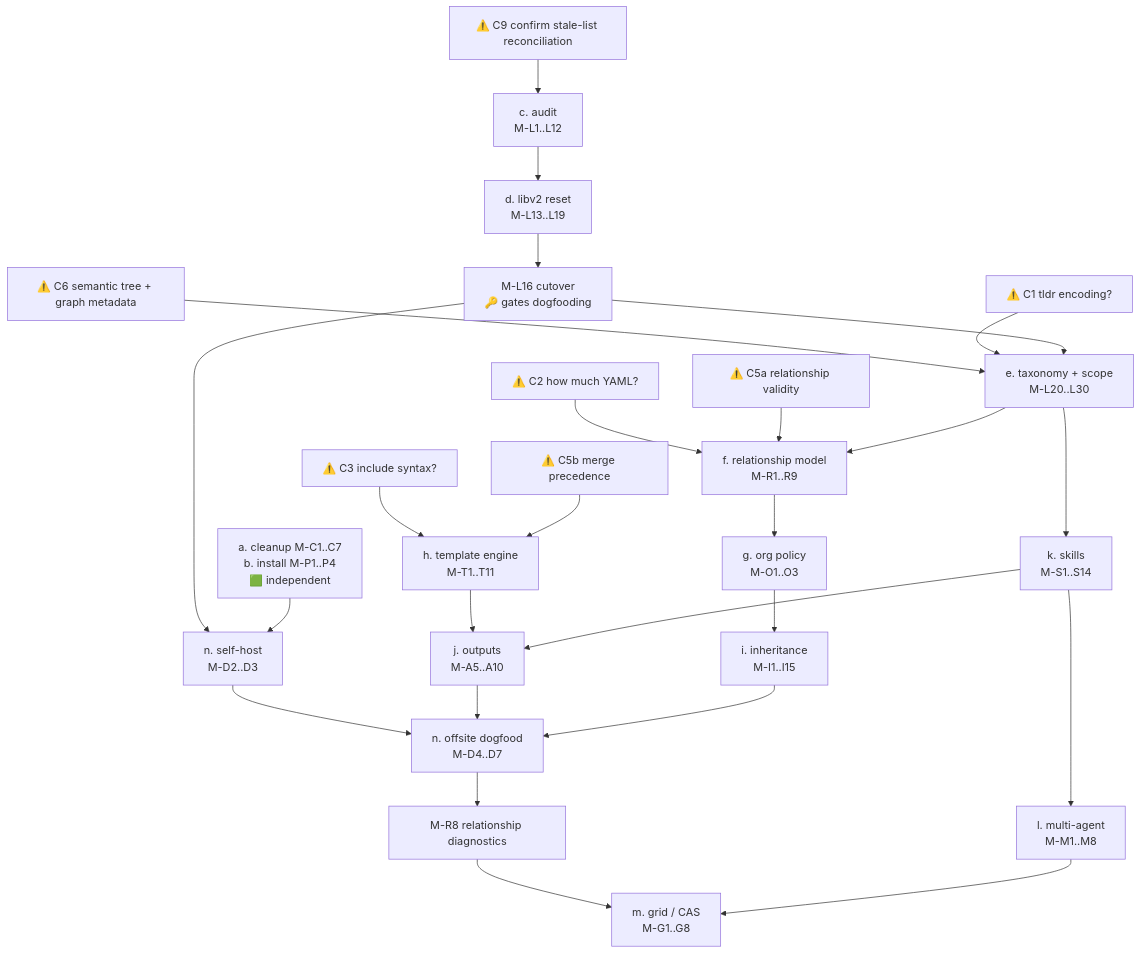
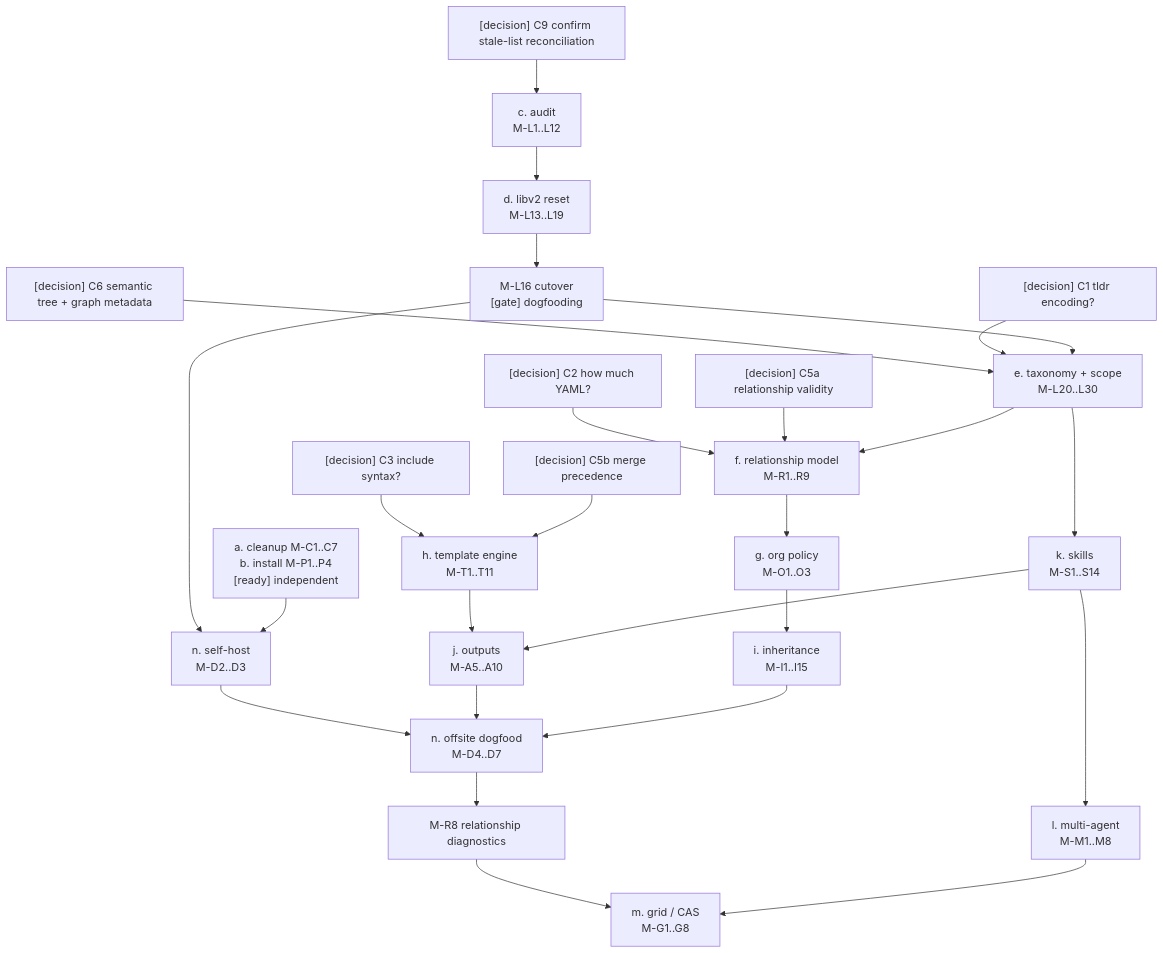
The diagram in TODO/TODO.md (Qu1ncyRy4n/Agents), drawn with Mermaid before and after one commit. The commit also changed other lines of this file, not shown here.

````diff
--- a/TODO/TODO.md
+++ b/TODO/TODO.md
@@ -181,44 +181,44 @@
 ```mermaid
 flowchart TB
-    C9["⚠️ C9 confirm stale-list reconciliation"]
+    C9["[decision] C9 confirm stale-list reconciliation"]
     AUD["c. audit<br/>M-L1..L12"]
     MIG["d. libv2 reset<br/>M-L13..L19"]
-    CUT["M-L16 cutover<br/>🔑 gates dogfooding"]
-    C6["⚠️ C6 semantic tree + graph metadata"]
-    C1["⚠️ C1 tldr encoding?"]
+    CUT["M-L16 cutover<br/>[gate] dogfooding"]
+    C6["[decision] C6 semantic tree + graph metadata"]
+    C1["[decision] C1 tldr encoding?"]
     TAX["e. taxonomy + scope<br/>M-L20..L30"]
-    C2["⚠️ C2 how much YAML?"]
-    C5A["⚠️ C5a relationship validity"]
-    C5B["⚠️ C5b merge precedence"]
+    C2["[decision] C2 how much YAML?"]
+    C5A["[decision] C5a relationship validity"]
+    C5B["[decision] C5b merge precedence"]
     REL["f. relationship model<br/>M-R1..R9"]
     POL["g. org policy<br/>M-O1..O3"]
-    C3["⚠️ C3 include syntax?"]
+    C3["[decision] C3 include syntax?"]
     TPL["h. template engine<br/>M-T1..T11"]
     OUT["j. outputs<br/>M-A5..A10"]
     INH["i. inheritance<br/>M-I1..I15"]
     SELF["n. self-host<br/>M-D2..D3"]
     DOG["n. offsite dogfood<br/>M-D4..D7"]
     DIAG["M-R8 relationship diagnostics"]
     SKL["k. skills<br/>M-S1..S14"]
     MULTI["l. multi-agent<br/>M-M1..M8"]
     GRID["m. grid / CAS<br/>M-G1..G8"]
 
     C9 --> AUD --> MIG --> CUT
     C6 --> TAX
     C1 --> TAX
     CUT --> TAX
     C2 --> REL
     C5A --> REL
     TAX --> REL --> POL
     C3 --> TPL --> OUT
     C5B --> TPL
     POL --> INH
     CUT --> SELF --> DOG
     OUT --> DOG
     INH --> DOG
     DOG --> DIAG --> GRID
     TAX --> SKL --> OUT
     SKL --> MULTI --> GRID
 
-    CLEAN["a. cleanup M-C1..C7<br/>b. install M-P1..P4<br/>🟩 independent"] --> SELF
+    CLEAN["a. cleanup M-C1..C7<br/>b. install M-P1..P4<br/>[ready] independent"] --> SELF
 ```
````
